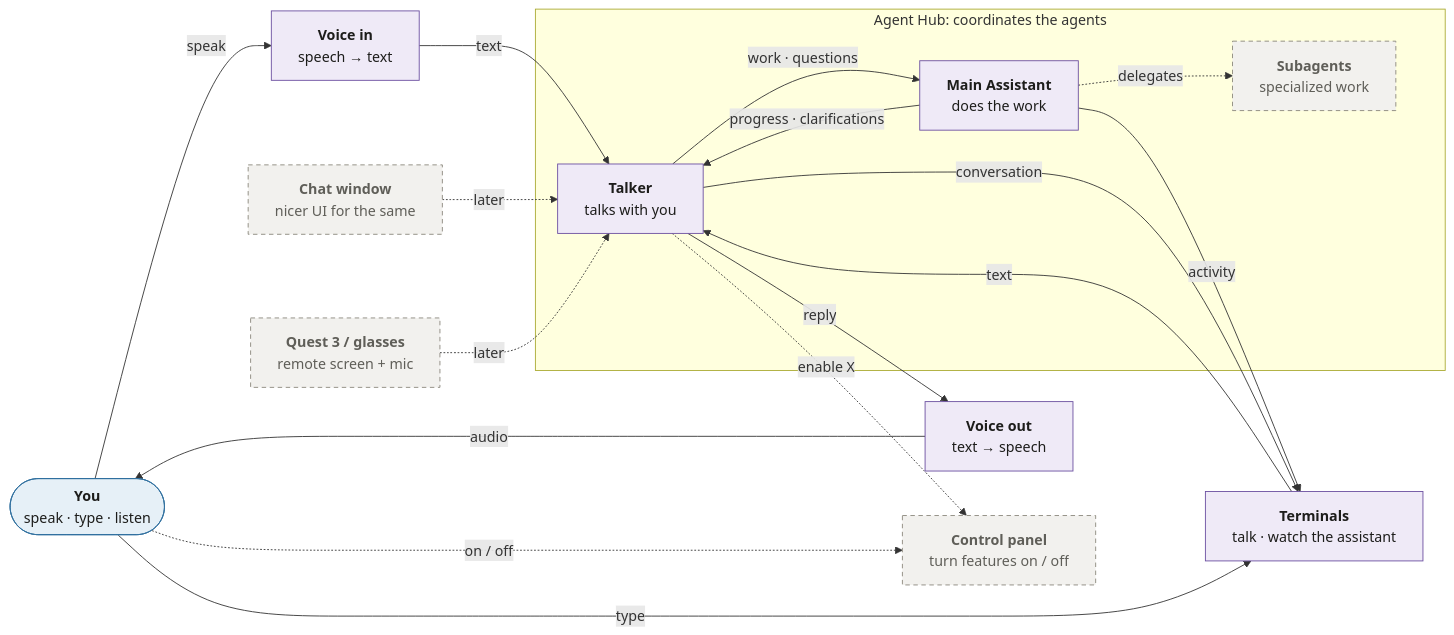
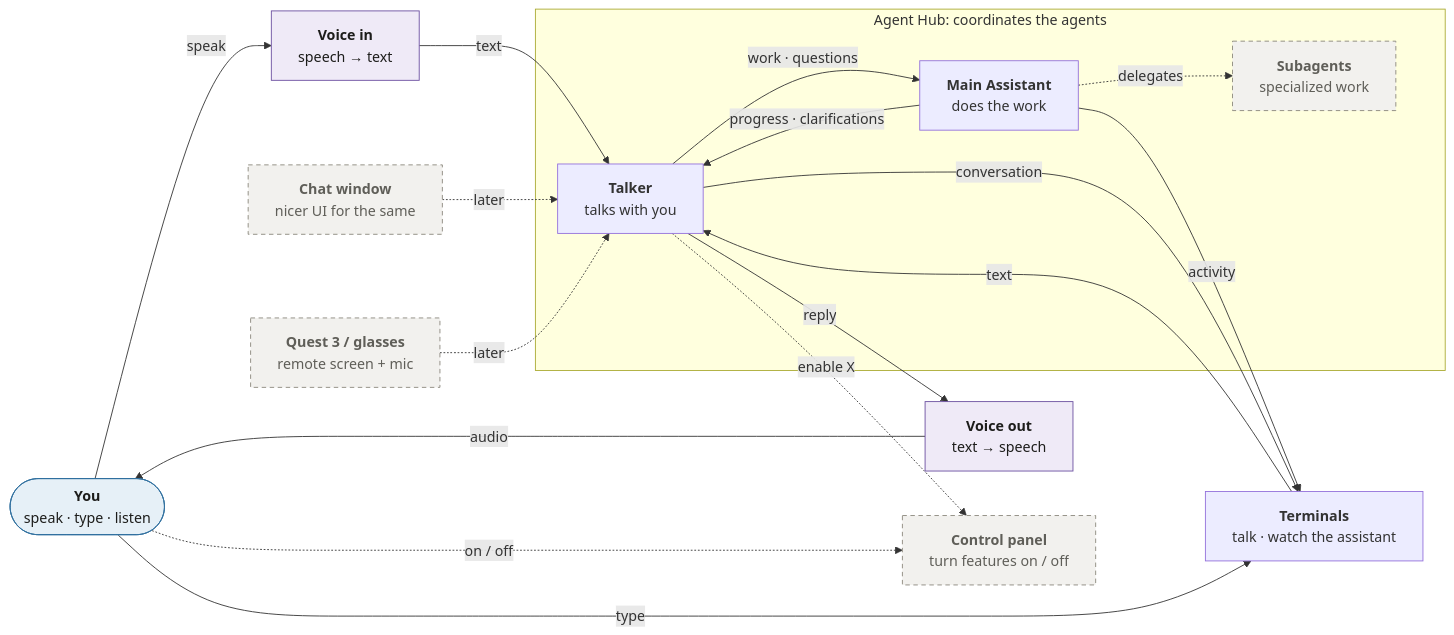
Before and after one commit to sharramon/AI_Assistant: the diagram in docs/architecture/README.md, drawn with Mermaid. The commit also changed other lines of this file and 47 other files, not shown here.

First line of the commit message:
Build the agent runtime: Talker, Main Assistant, Agent Hub, terminal 2

````diff
--- a/docs/architecture/README.md
+++ b/docs/architecture/README.md
@@ -9,39 +9,39 @@
 ```mermaid
 flowchart LR
     You(["<b>You</b><br/>speak · type · listen"])
     VoiceIn["<b>Voice in</b><br/>speech → text"]
     Term["<b>Terminals</b><br/>talk · watch the assistant"]
     Window["<b>Chat window</b><br/>nicer UI for the same"]
     VoiceOut["<b>Voice out</b><br/>text → speech"]
     Quest["<b>Quest 3 / glasses</b><br/>remote screen + mic"]
     Control["<b>Control panel</b><br/>turn features on / off"]
 
     subgraph Hub["Agent Hub: coordinates the agents"]
         Talker["<b>Talker</b><br/>talks with you"]
         Main["<b>Main Assistant</b><br/>does the work"]
         Subs["<b>Subagents</b><br/>specialized work"]
         Talker -- work · questions --> Main
         Main -- progress · clarifications --> Talker
         Main -. delegates .-> Subs
     end
 
     You -- speak --> VoiceIn
     You -- type --> Term
     VoiceIn -- text --> Talker
     Term -- text --> Talker
     Talker -- reply --> VoiceOut
     VoiceOut -- audio --> You
     Main -- activity --> Term
     Talker -- conversation --> Term
     Window -. later .-> Talker
     Quest -. later .-> Talker
     You -. on / off .-> Control
     Talker -. "enable X" .-> Control
 
     classDef planned fill:#efeaf7,stroke:#6b4fa0,color:#1d1d1b
     classDef person fill:#e6f0f7,stroke:#2f6f9f,color:#1d1d1b
     classDef later fill:#f2f1ee,stroke:#8a877c,stroke-dasharray:5 4,color:#5f5e58
-    class VoiceIn,Term,Talker,Main,VoiceOut planned
+    class VoiceIn,VoiceOut planned
     class You person
     class Window,Quest,Subs,Control later
 ```
````
